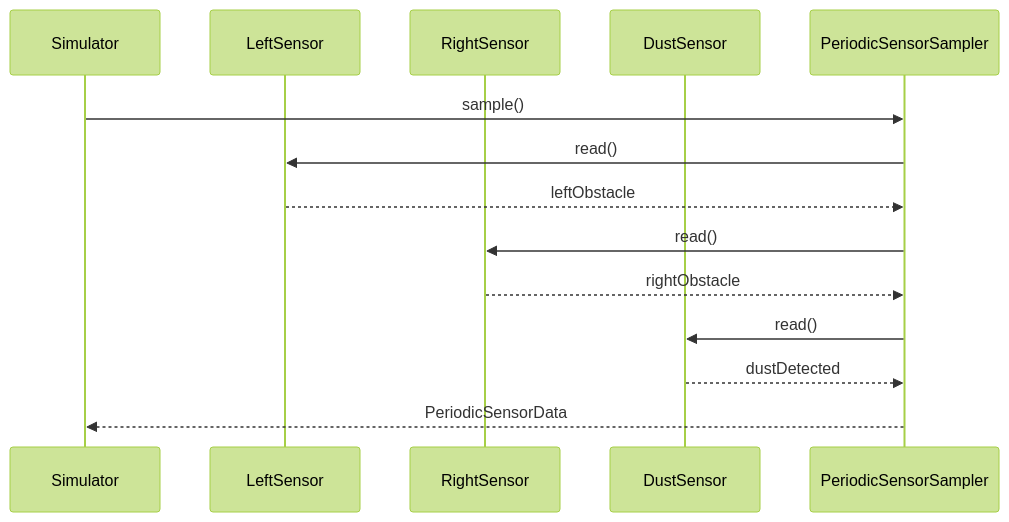
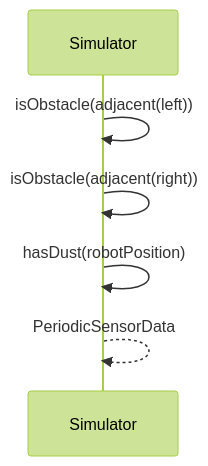
One commit to reload02/ooad-vibe changed the third of 6 diagrams in docs/ood_sequence_diagrams.md. Above: the diagram before and after it, drawn with Mermaid (forest theme). The commit also changed other lines of this file and 8 other files, not shown here.

````diff
--- a/docs/ood_sequence_diagrams.md
+++ b/docs/ood_sequence_diagrams.md
@@ -42,17 +39,9 @@
 ```mermaid
 sequenceDiagram
     participant Simulator
-    participant LeftSensor
-    participant RightSensor
-    participant DustSensor
-    participant Sampler as PeriodicSensorSampler
 
-    Simulator->>Sampler: sample()
-    Sampler->>LeftSensor: read()
-    LeftSensor-->>Sampler: leftObstacle
-    Sampler->>RightSensor: read()
-    RightSensor-->>Sampler: rightObstacle
-    Sampler->>DustSensor: read()
-    DustSensor-->>Sampler: dustDetected
-    Sampler-->>Simulator: PeriodicSensorData
+    Simulator->>Simulator: isObstacle(adjacent(left))
+    Simulator->>Simulator: isObstacle(adjacent(right))
+    Simulator->>Simulator: hasDust(robotPosition)
+    Simulator-->>Simulator: PeriodicSensorData
 ```
````
